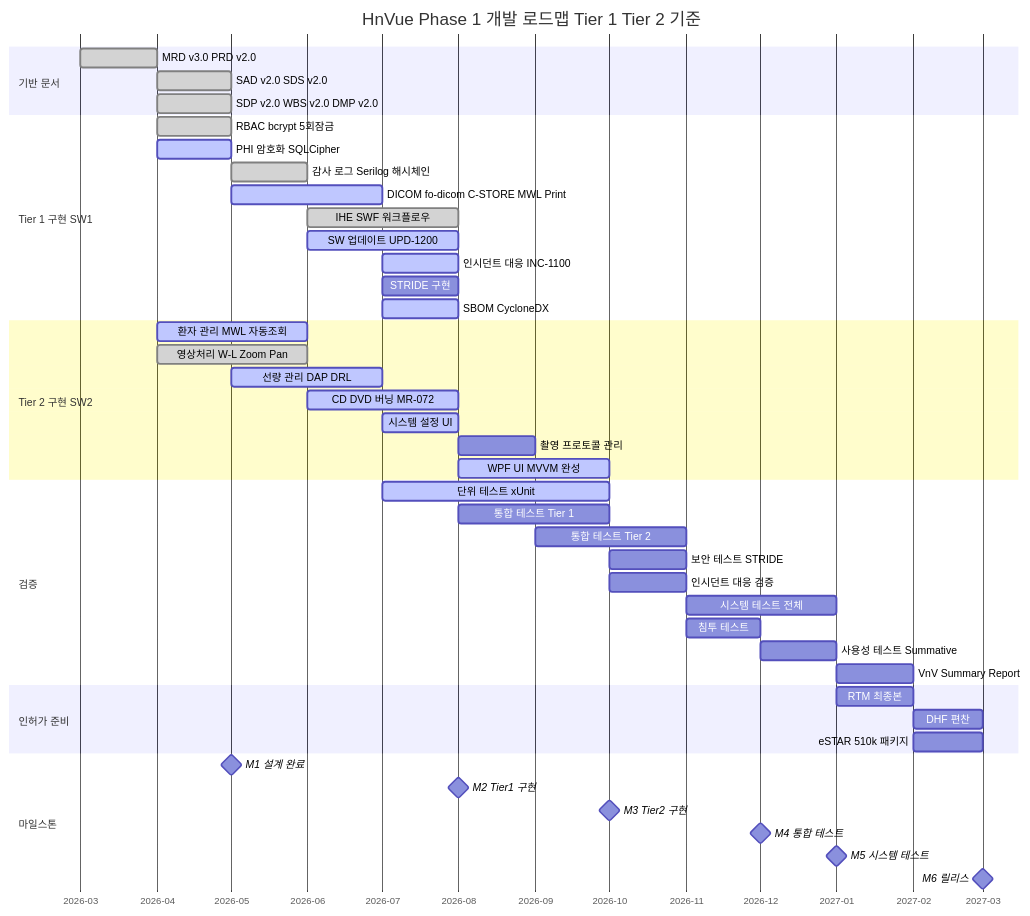
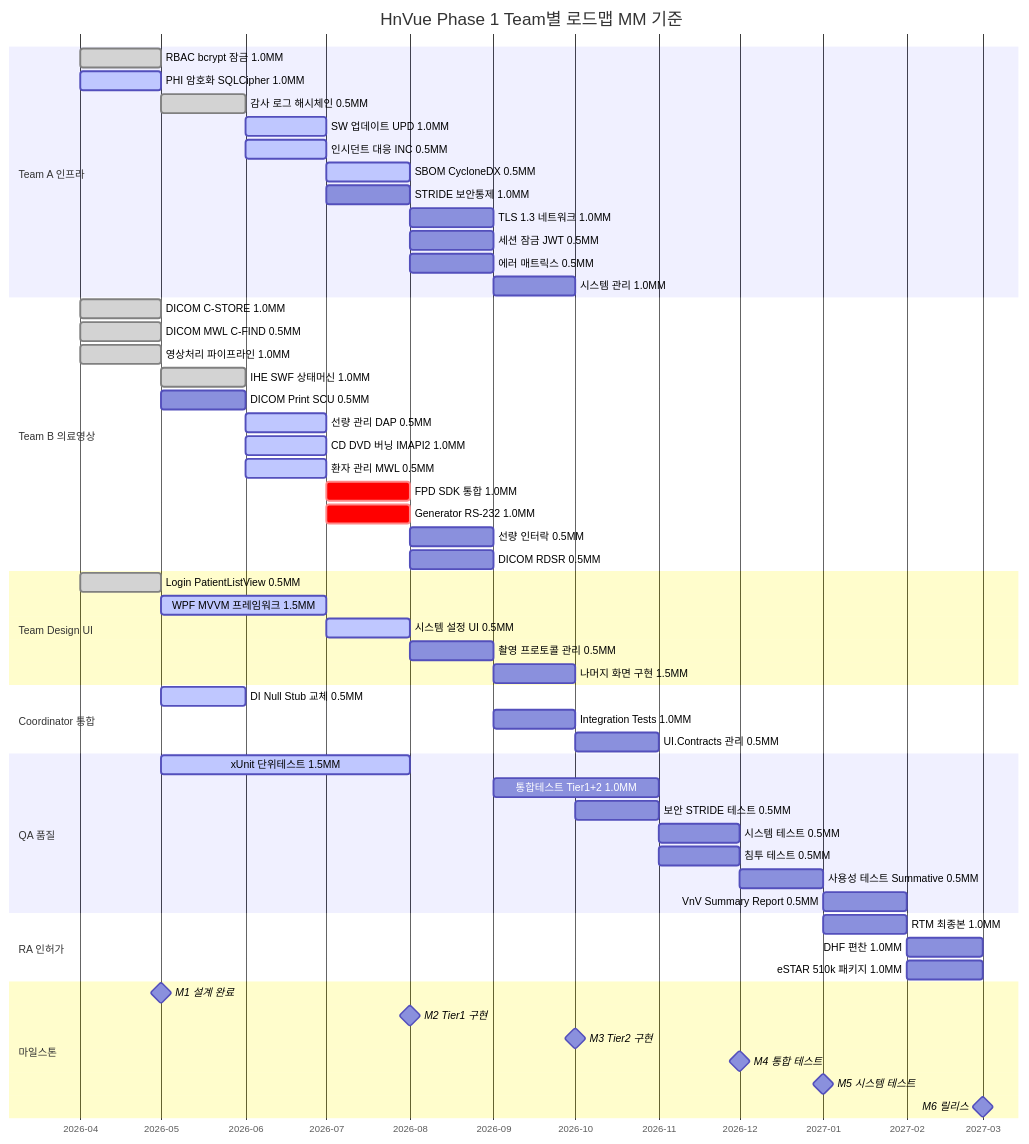
The fourth of 6 diagrams in docs/management/WBS-001_WBS_v2.0.md (holee9/console-gui), drawn with Mermaid before and after one commit. The commit also changed other lines of this file, not shown here.

Commit message:
feat(wbs): v3.0 — Gantt Team 단위 재작성 + MM 배분 + 색상 범례
- Gantt: Tier 기반 section을 Team A/B/Design/Coordinator/QA/RA 6팀으로 재구성
- 모든 작업에 MM(Man-Month) 배분 명시 (총 31.5 MM / SW 2명 / 12개월)
- 색상 범례 추가: done(완료), active(진행), crit(크리티컬), 계획, 마일스톤
- 마인드맵: cScaleInv0-11 #ffffff 적용하여 텍스트 흰색 강제
- 개정 이력 v3.0 등록

🗿 MoAI <email@mo.ai.kr>

````diff
--- a/docs/management/WBS-001_WBS_v2.0.md
+++ b/docs/management/WBS-001_WBS_v2.0.md
@@ -250,55 +272,67 @@
 ```mermaid
 gantt
-    title HnVue Phase 1 개발 로드맵 Tier 1 Tier 2 기준
+    title HnVue Phase 1 Team별 로드맵 MM 기준
     dateFormat  YYYY-MM
     axisFormat  %Y-%m
 
-    section 기반 문서
-    MRD v3.0 PRD v2.0         :done, base1, 2026-03, 1M
-    SAD v2.0 SDS v2.0         :done, base2, 2026-04, 1M
-    SDP v2.0 WBS v2.0 DMP v2.0 :done, base3, 2026-04, 1M
+    section Team A 인프라
+    RBAC bcrypt 잠금 1.0MM         :done, a1, 2026-04, 1M
+    PHI 암호화 SQLCipher 1.0MM     :active, a2, 2026-04, 1M
+    감사 로그 해시체인 0.5MM       :done, a3, 2026-05, 1M
+    SW 업데이트 UPD 1.0MM          :active, a4, 2026-06, 1M
+    인시던트 대응 INC 0.5MM        :active, a5, 2026-06, 1M
+    SBOM CycloneDX 0.5MM           :active, a6, 2026-07, 1M
+    STRIDE 보안통제 1.0MM          :a7, 2026-07, 1M
+    TLS 1.3 네트워크 1.0MM         :a8, 2026-08, 1M
+    세션 잠금 JWT 0.5MM            :a9, 2026-08, 1M
+    에러 매트릭스 0.5MM            :a10, 2026-08, 1M
+    시스템 관리 1.0MM              :a11, 2026-09, 1M
 
-    section Tier 1 구현 SW1
-    RBAC bcrypt 5회잠금       :done, t1a, 2026-04, 1M
-    PHI 암호화 SQLCipher      :active, t1b, 2026-04, 1M
-    감사 로그 Serilog 해시체인 :done, t1c, 2026-05, 1M
-    DICOM fo-dicom C-STORE MWL Print :active, t1d, 2026-05, 2M
-    IHE SWF 워크플로우        :done, t1e, 2026-06, 2M
-    SW 업데이트 UPD-1200      :active, t1f, 2026-06, 2M
-    인시던트 대응 INC-1100    :active, t1g, 2026-07, 1M
-    STRIDE 구현               :t1h, 2026-07, 1M
-    SBOM CycloneDX            :active, t1i, 2026-07, 1M
+    section Team B 의료영상
+    DICOM C-STORE 1.0MM            :done, b1, 2026-04, 1M
+    DICOM MWL C-FIND 0.5MM         :done, b2, 2026-04, 1M
+    영상처리 파이프라인 1.0MM      :done, b3, 2026-04, 1M
+    IHE SWF 상태머신 1.0MM         :done, b4, 2026-05, 1M
+    DICOM Print SCU 0.5MM          :b5, 2026-05, 1M
+    선량 관리 DAP 0.5MM            :active, b6, 2026-06, 1M
+    CD DVD 버닝 IMAPI2 1.0MM       :active, b7, 2026-06, 1M
+    환자 관리 MWL 0.5MM            :active, b8, 2026-06, 1M
+    FPD SDK 통합 1.0MM             :crit, b9, 2026-07, 1M
+    Generator RS-232 1.0MM         :crit, b10, 2026-07, 1M
+    선량 인터락 0.5MM              :b11, 2026-08, 1M
+    DICOM RDSR 0.5MM               :b12, 2026-08, 1M
 
-    section Tier 2 구현 SW2
-    환자 관리 MWL 자동조회    :active, t2a, 2026-04, 2M
-    영상처리 W-L Zoom Pan     :done, t2b, 2026-04, 2M
-    선량 관리 DAP DRL         :active, t2c, 2026-05, 2M
-    CD DVD 버닝 MR-072        :active, t2d, 2026-06, 2M
-    시스템 설정 UI            :active, t2e, 2026-07, 1M
-    촬영 프로토콜 관리        :t2f, 2026-08, 1M
-    WPF UI MVVM 완성          :active, t2g, 2026-08, 2M
+    section Team Design UI
+    Login PatientListView 0.5MM    :done, d1, 2026-04, 1M
+    WPF MVVM 프레임워크 1.5MM      :active, d2, 2026-05, 2M
+    시스템 설정 UI 0.5MM            :active, d3, 2026-07, 1M
+    촬영 프로토콜 관리 0.5MM        :d4, 2026-08, 1M
+    나머지 화면 구현 1.5MM          :d5, 2026-09, 1M
 
-    section 검증
-    단위 테스트 xUnit         :active, v1, 2026-07, 3M
-    통합 테스트 Tier 1        :v2, 2026-08, 2M
-    통합 테스트 Tier 2        :v3, 2026-09, 2M
-    보안 테스트 STRIDE        :v4, 2026-10, 1M
-    인시던트 대응 검증        :v5, 2026-10, 1M
-    시스템 테스트 전체        :v6, 2026-11, 2M
-    침투 테스트               :v7, 2026-11, 1M
-    사용성 테스트 Summative   :v8, 2026-12, 1M
-    VnV Summary Report        :v9, 2027-01, 1M
+    section Coordinator 통합
+    DI Null Stub 교체 0.5MM         :active, c1, 2026-05, 1M
+    Integration Tests 1.0MM         :c2, 2026-09, 1M
+    UI.Contracts 관리 0.5MM         :c3, 2026-10, 1M
 
-    section 인허가 준비
-    RTM 최종본                :r1, 2027-01, 1M
-    DHF 편찬                  :r2, 2027-02, 1M
-    eSTAR 510k 패키지         :r3, 2027-02, 1M
+    section QA 품질
+    xUnit 단위테스트 1.5MM          :active, q1, 2026-05, 3M
+    통합테스트 Tier1+2 1.0MM        :q2, 2026-09, 2M
+    보안 STRIDE 테스트 0.5MM        :q3, 2026-10, 1M
+    시스템 테스트 0.5MM             :q4, 2026-11, 1M
+    침투 테스트 0.5MM               :q5, 2026-11, 1M
+    사용성 테스트 Summative 0.5MM   :q6, 2026-12, 1M
+    VnV Summary Report 0.5MM        :q7, 2027-01, 1M
+
+    section RA 인허가
+    RTM 최종본 1.0MM                :r1, 2027-01, 1M
+    DHF 편찬 1.0MM                  :r2, 2027-02, 1M
+    eSTAR 510k 패키지 1.0MM         :r3, 2027-02, 1M
 
     section 마일스톤
-    M1 설계 완료              :milestone, m1, 2026-05, 0d
-    M2 Tier1 구현             :milestone, m2, 2026-08, 0d
-    M3 Tier2 구현             :milestone, m3, 2026-10, 0d
-    M4 통합 테스트            :milestone, m4, 2026-12, 0d
-    M5 시스템 테스트          :milestone, m5, 2027-01, 0d
-    M6 릴리스                 :milestone, m6, 2027-03, 0d
+    M1 설계 완료                    :milestone, m1, 2026-05, 0d
+    M2 Tier1 구현                   :milestone, m2, 2026-08, 0d
+    M3 Tier2 구현                   :milestone, m3, 2026-10, 0d
+    M4 통합 테스트                  :milestone, m4, 2026-12, 0d
+    M5 시스템 테스트                :milestone, m5, 2027-01, 0d
+    M6 릴리스                       :milestone, m6, 2027-03, 0d
 ```
````
